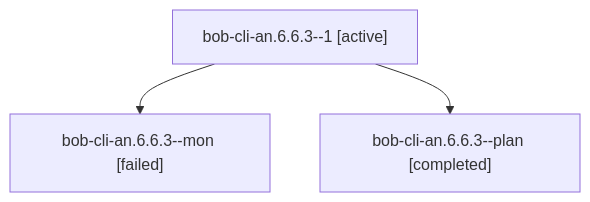
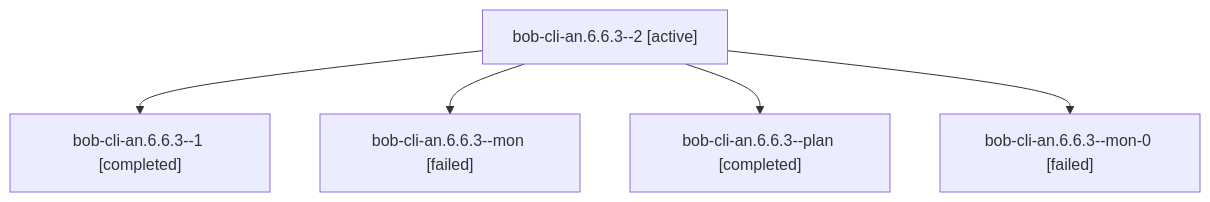
One commit to bobs-org/bob-cli--agents changed the diagram in sessions/bbugyi200.athena.bob-cli-an.6.6.3.md. Above: the diagram before and after it, drawn with Mermaid. The commit also changed other lines of this file and 92 other files, not shown here.

````diff
--- a/sessions/bbugyi200.athena.bob-cli-an.6.6.3.md
+++ b/sessions/bbugyi200.athena.bob-cli-an.6.6.3.md
@@ -9,8 +9,12 @@
 ```mermaid
 flowchart TD
-  n0["bob-cli-an.6.6.3--1 [active]"]
-  n1["bob-cli-an.6.6.3--mon [failed]"]
+  n0["bob-cli-an.6.6.3--2 [active]"]
+  n1["bob-cli-an.6.6.3--1 [completed]"]
   n0 --> n1
-  n2["bob-cli-an.6.6.3--plan [completed]"]
+  n2["bob-cli-an.6.6.3--mon [failed]"]
   n0 --> n2
+  n3["bob-cli-an.6.6.3--plan [completed]"]
+  n0 --> n3
+  n4["bob-cli-an.6.6.3--mon-0 [failed]"]
+  n0 --> n4
 ```
````
